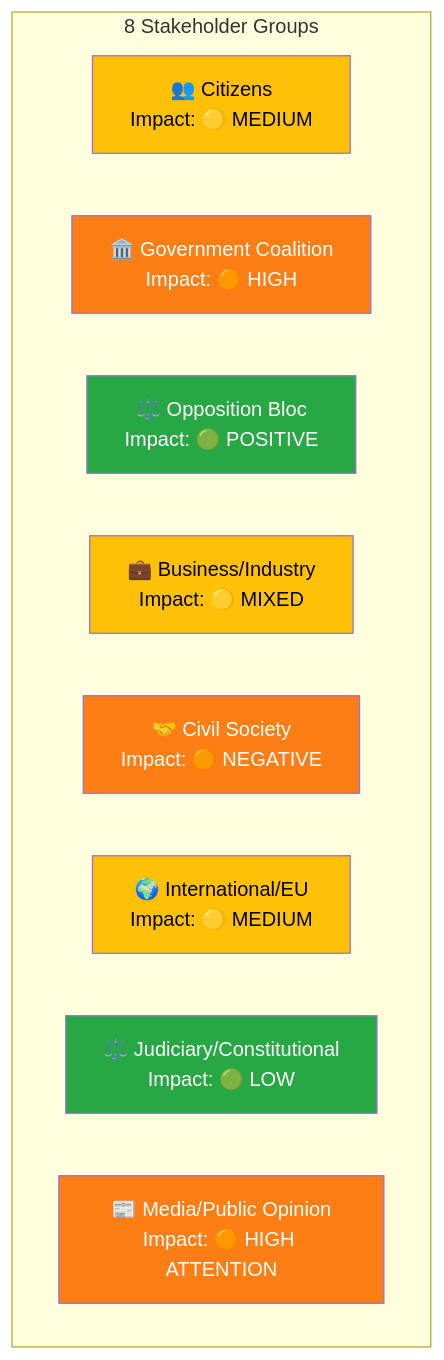
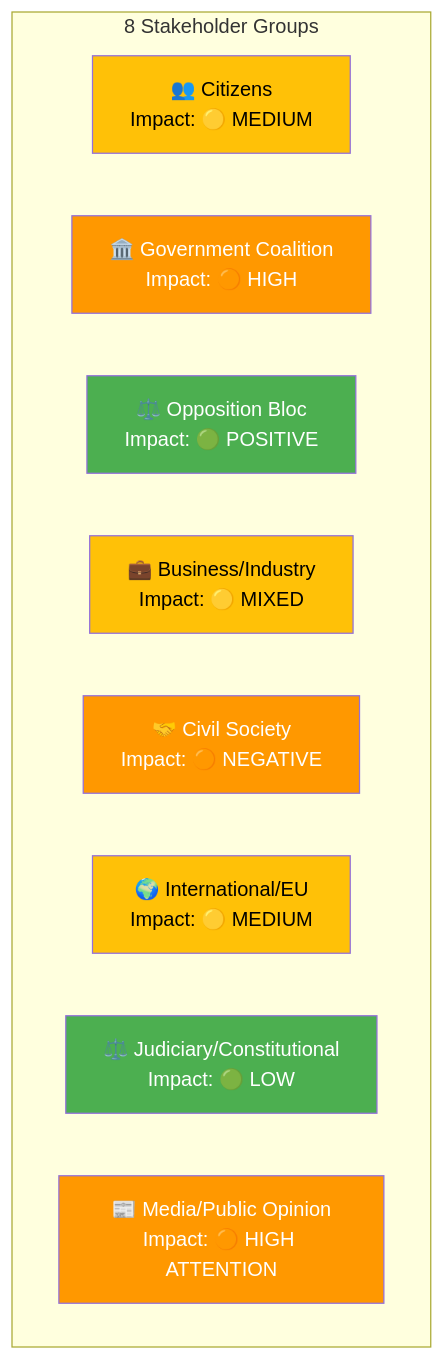
One commit to Hack23/riksdagsmonitor changed the diagram in analysis/daily/2026-04-01/motions/stakeholder-perspectives.md. Above: the diagram before and after it, drawn with Mermaid. The commit also changed 785 other files, not shown here.

First line of the commit message:
Normalize mermaid colors across 786 analysis artifacts to ISMS Style Guide palette

````diff
--- a/analysis/daily/2026-04-01/motions/stakeholder-perspectives.md
+++ b/analysis/daily/2026-04-01/motions/stakeholder-perspectives.md
@@ -14,21 +14,21 @@
 ```mermaid
 graph TD
     subgraph Stakeholders["8 Stakeholder Groups"]
         CIT["👥 Citizens<br/>Impact: 🟡 MEDIUM"]
         GOV["🏛️ Government Coalition<br/>Impact: 🟠 HIGH"]
         OPP["⚖️ Opposition Bloc<br/>Impact: 🟢 POSITIVE"]
         BIZ["💼 Business/Industry<br/>Impact: 🟡 MIXED"]
         CIV["🤝 Civil Society<br/>Impact: 🟠 NEGATIVE"]
         INT["🌍 International/EU<br/>Impact: 🟡 MEDIUM"]
         JUD["⚖️ Judiciary/Constitutional<br/>Impact: 🟢 LOW"]
         MED["📰 Media/Public Opinion<br/>Impact: 🟠 HIGH ATTENTION"]
     end
-    style CIT fill:#ffc107,color:#000
-    style GOV fill:#fd7e14,color:#fff
-    style OPP fill:#28a745,color:#fff
-    style BIZ fill:#ffc107,color:#000
-    style CIV fill:#fd7e14,color:#fff
-    style INT fill:#ffc107,color:#000
-    style JUD fill:#28a745,color:#fff
-    style MED fill:#fd7e14,color:#fff
+    style CIT fill:#FFC107,color:#000000
+    style GOV fill:#FF9800,color:#FFFFFF
+    style OPP fill:#4CAF50,color:#FFFFFF
+    style BIZ fill:#FFC107,color:#000000
+    style CIV fill:#FF9800,color:#FFFFFF
+    style INT fill:#FFC107,color:#000000
+    style JUD fill:#4CAF50,color:#FFFFFF
+    style MED fill:#FF9800,color:#FFFFFF
 ```
````
